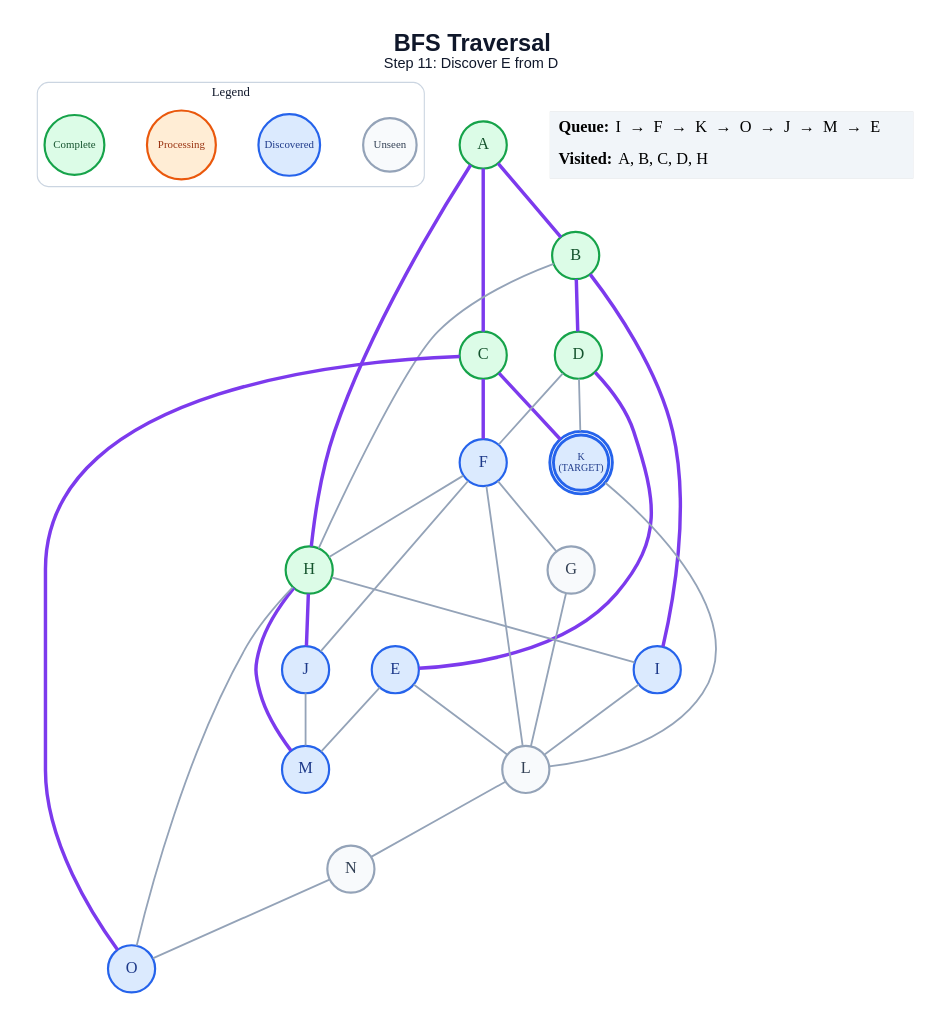
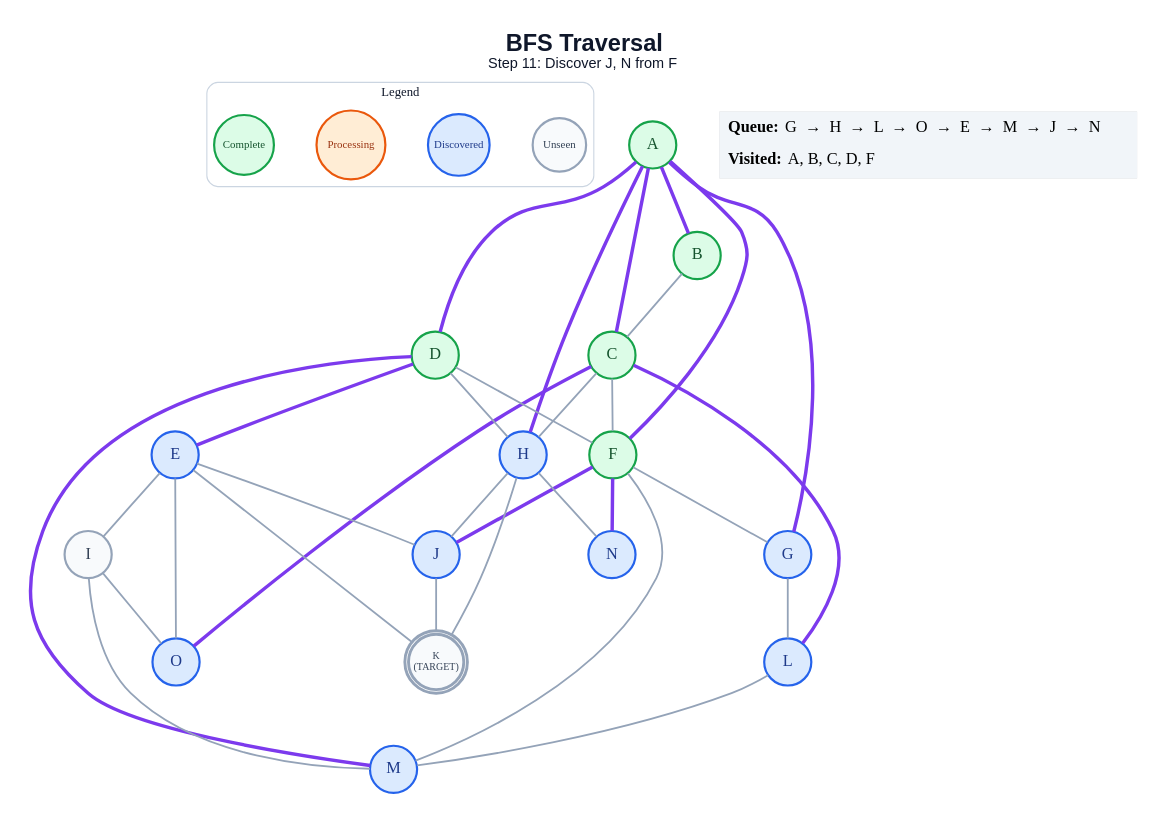
One commit to anon7238593-create/ai-slop changed the diagram in generated/specific-node/bfs/step_11.dot. Above: the diagram before and after it, drawn with Graphviz. The commit also changed 291 other files, not shown here.

```diff
--- a/generated/specific-node/bfs/step_11.dot
+++ b/generated/specific-node/bfs/step_11.dot
@@ -1,62 +1,65 @@
 graph traversal {
   graph [layout=dot, rankdir=TB, bgcolor="#FFFFFF", pad="0.35", nodesep="0.65", ranksep="0.8", fontname="Arial"];
   node [shape=circle, style="filled", fontname="Arial Bold", fontsize=18, width=0.72, fixedsize=true, penwidth=2.4];
   edge [color="#94A3B8", penwidth=2.0];
-  label=<<B>BFS Traversal</B><BR/><FONT POINT-SIZE="16">Step 11: Discover E from D</FONT>>; labelloc="t"; fontsize=26; fontname="Arial"; fontcolor="#0F172A";
+  label=<<B>BFS Traversal</B><BR/><FONT POINT-SIZE="16">Step 11: Discover J, N from F</FONT>>; labelloc="t"; fontsize=26; fontname="Arial"; fontcolor="#0F172A";
   subgraph cluster_legend { label="Legend"; color="#CBD5E1"; penwidth=1.2; style="rounded"; fontsize=14; fontname="Arial Bold";
     key_unseen [label="Unseen", fillcolor="#F8FAFC", color="#94A3B8", fontcolor="#334155", fontsize=12, width=0.82];
     key_frontier [label="Discovered", fillcolor="#DBEAFE", color="#2563EB", fontcolor="#1E3A8A", fontsize=12, width=0.95];
     key_current [label="Processing", fillcolor="#FFEDD5", color="#EA580C", fontcolor="#9A3412", fontsize=12, width=1.05];
     key_done [label="Complete", fillcolor="#DCFCE7", color="#16A34A", fontcolor="#14532D", fontsize=12, width=0.92];
     { rank=same; key_unseen; key_frontier; key_current; key_done; }
   }
   A [label="A", fillcolor="#DCFCE7", color="#16A34A", fontcolor="#14532D", peripheries=1, penwidth=2.4];
   B [label="B", fillcolor="#DCFCE7", color="#16A34A", fontcolor="#14532D", peripheries=1, penwidth=2.4];
   C [label="C", fillcolor="#DCFCE7", color="#16A34A", fontcolor="#14532D", peripheries=1, penwidth=2.4];
   D [label="D", fillcolor="#DCFCE7", color="#16A34A", fontcolor="#14532D", peripheries=1, penwidth=2.4];
   E [label="E", fillcolor="#DBEAFE", color="#2563EB", fontcolor="#1E3A8A", peripheries=1, penwidth=2.4];
-  F [label="F", fillcolor="#DBEAFE", color="#2563EB", fontcolor="#1E3A8A", peripheries=1, penwidth=2.4];
-  G [label="G", fillcolor="#F8FAFC", color="#94A3B8", fontcolor="#334155", peripheries=1, penwidth=2.4];
-  H [label="H", fillcolor="#DCFCE7", color="#16A34A", fontcolor="#14532D", peripheries=1, penwidth=2.4];
-  I [label="I", fillcolor="#DBEAFE", color="#2563EB", fontcolor="#1E3A8A", peripheries=1, penwidth=2.4];
+  F [label="F", fillcolor="#DCFCE7", color="#16A34A", fontcolor="#14532D", peripheries=1, penwidth=2.4];
+  G [label="G", fillcolor="#DBEAFE", color="#2563EB", fontcolor="#1E3A8A", peripheries=1, penwidth=2.4];
+  H [label="H", fillcolor="#DBEAFE", color="#2563EB", fontcolor="#1E3A8A", peripheries=1, penwidth=2.4];
+  I [label="I", fillcolor="#F8FAFC", color="#94A3B8", fontcolor="#334155", peripheries=1, penwidth=2.4];
   J [label="J", fillcolor="#DBEAFE", color="#2563EB", fontcolor="#1E3A8A", peripheries=1, penwidth=2.4];
-  K [label="K\n(TARGET)", fillcolor="#DBEAFE", color="#2563EB", fontcolor="#1E3A8A", peripheries=2, penwidth=3.2, fontsize=11, width=0.85, height=0.85];
-  L [label="L", fillcolor="#F8FAFC", color="#94A3B8", fontcolor="#334155", peripheries=1, penwidth=2.4];
+  K [label="K\n(TARGET)", fillcolor="#F8FAFC", color="#94A3B8", fontcolor="#334155", peripheries=2, penwidth=3.2, fontsize=11, width=0.85, height=0.85];
+  L [label="L", fillcolor="#DBEAFE", color="#2563EB", fontcolor="#1E3A8A", peripheries=1, penwidth=2.4];
   M [label="M", fillcolor="#DBEAFE", color="#2563EB", fontcolor="#1E3A8A", peripheries=1, penwidth=2.4];
-  N [label="N", fillcolor="#F8FAFC", color="#94A3B8", fontcolor="#334155", peripheries=1, penwidth=2.4];
+  N [label="N", fillcolor="#DBEAFE", color="#2563EB", fontcolor="#1E3A8A", peripheries=1, penwidth=2.4];
   O [label="O", fillcolor="#DBEAFE", color="#2563EB", fontcolor="#1E3A8A", peripheries=1, penwidth=2.4];
   A -- B [color="#7C3AED", penwidth=3.8];
   A -- C [color="#7C3AED", penwidth=3.8];
+  A -- D [color="#7C3AED", penwidth=3.8];
+  A -- F [color="#7C3AED", penwidth=3.8];
+  A -- G [color="#7C3AED", penwidth=3.8];
   A -- H [color="#7C3AED", penwidth=3.8];
-  B -- D [color="#7C3AED", penwidth=3.8];
-  B -- H;
-  B -- I [color="#7C3AED", penwidth=3.8];
-  C -- F [color="#7C3AED", penwidth=3.8];
-  C -- K [color="#7C3AED", penwidth=3.8];
+  B -- C;
+  C -- F;
+  C -- H;
+  C -- L [color="#7C3AED", penwidth=3.8];
   C -- O [color="#7C3AED", penwidth=3.8];
   D -- E [color="#7C3AED", penwidth=3.8];
   D -- F;
-  D -- K;
-  E -- L;
-  E -- M;
+  D -- H;
+  D -- M [color="#7C3AED", penwidth=3.8];
+  E -- I;
+  E -- J;
+  E -- K;
+  E -- O;
   F -- G;
-  F -- H;
-  F -- J;
-  F -- L;
+  F -- J [color="#7C3AED", penwidth=3.8];
+  F -- M;
+  F -- N [color="#7C3AED", penwidth=3.8];
   G -- L;
-  H -- I;
-  H -- J [color="#7C3AED", penwidth=3.8];
-  H -- M [color="#7C3AED", penwidth=3.8];
-  H -- O;
-  I -- L;
-  J -- M;
-  K -- L;
-  L -- N;
-  N -- O;
+  H -- J;
+  H -- K;
+  H -- N;
+  I -- M;
+  I -- O;
+  J -- K;
+  L -- M;
   status [shape=plain, fixedsize=false, width=0, height=0, margin=0, label=<
     <TABLE BORDER="0" CELLBORDER="0" CELLPADDING="7" BGCOLOR="#F1F5F9">
-      <TR><TD ALIGN="LEFT"><B>Queue:</B> I  →  F  →  K  →  O  →  J  →  M  →  E</TD></TR>
-      <TR><TD ALIGN="LEFT"><B>Visited:</B> A, B, C, D, H</TD></TR>
+      <TR><TD ALIGN="LEFT"><B>Queue:</B> G  →  H  →  L  →  O  →  E  →  M  →  J  →  N</TD></TR>
+      <TR><TD ALIGN="LEFT"><B>Visited:</B> A, B, C, D, F</TD></TR>
     </TABLE>
   >];
 }
```
